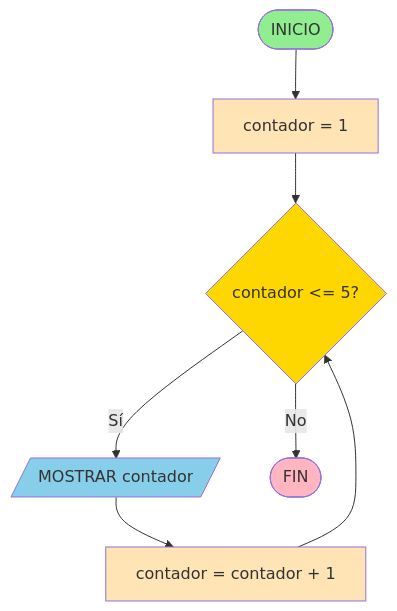
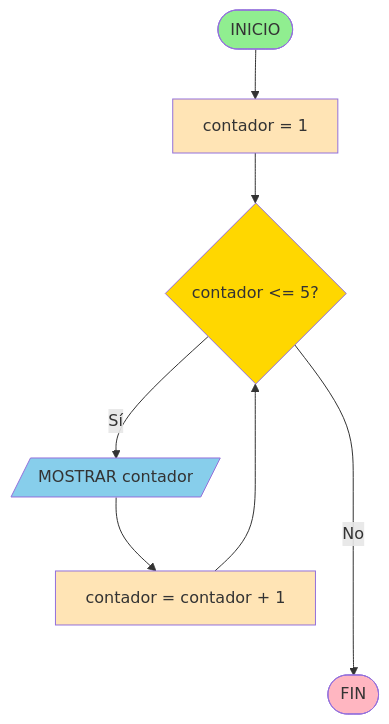
The third of 5 diagrams in 00_primeros_pasos.md (INGCOM-UNRN/apunte-ingreso), drawn with Mermaid before and after one commit. The commit also changed other lines of this file and 2 other files, not shown here.

Commit message:
Reorganización y ajustes en los diagramas de flujo

````diff
--- a/00_primeros_pasos.md
+++ b/00_primeros_pasos.md
@@ -364,23 +364,23 @@
 ```{mermaid}
 flowchart TD
     Start([INICIO])
     Init[contador = 1]
     Condition{contador <= 5?}
     Output[/MOSTRAR contador/]
     Increment[contador = contador + 1]
     End([FIN])
     
     Start --> Init
     Init --> Condition
     Condition -->|Sí| Output
     Output --> Increment
     Increment --> Condition
-    Condition -->|No| End
+    Condition ---->|No| End
     
     style Start fill:#90EE90
     style End fill:#FFB6C1
     style Init fill:#FFE4B5
     style Condition fill:#FFD700
     style Output fill:#87CEEB
     style Increment fill:#FFE4B5
 ```
````
